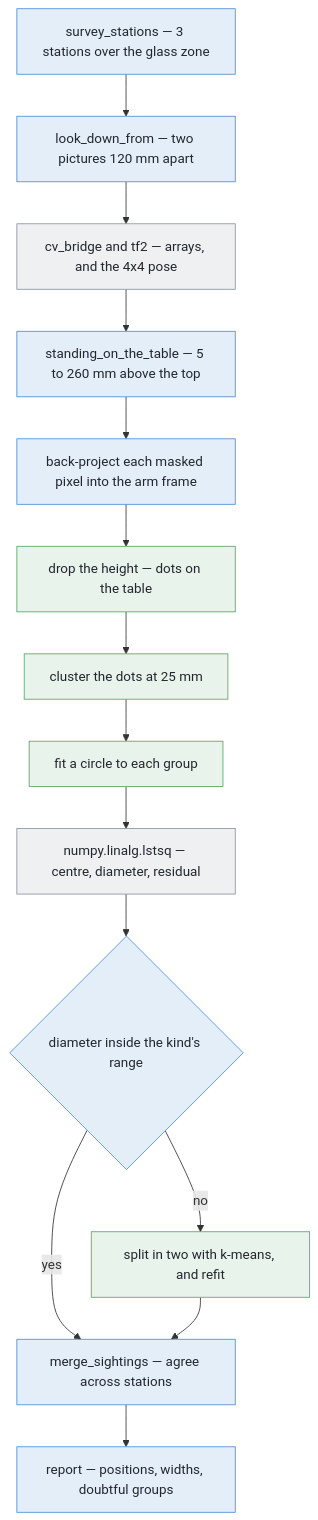
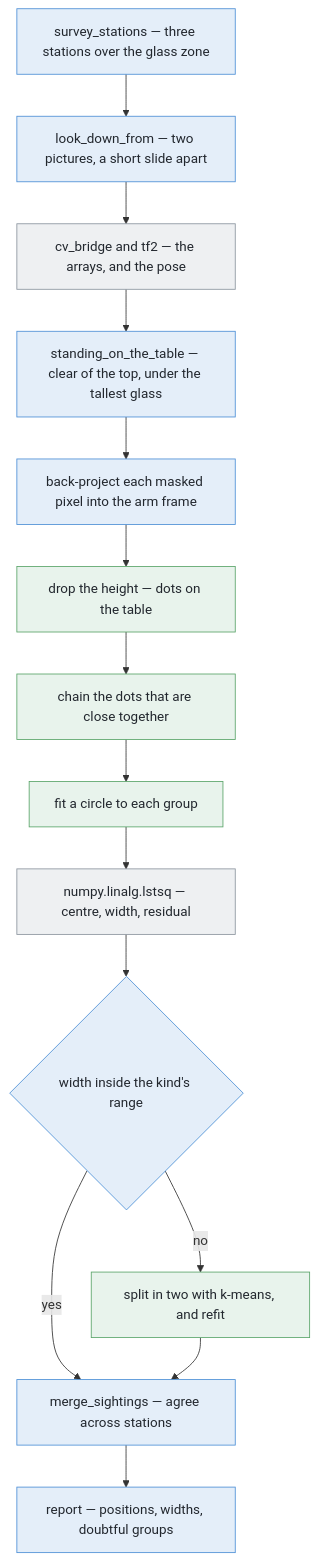
The third of 3 diagrams in v5-pick-glasses/docs/problem-2/solutions/02-cluster-on-the-table.md (RobinNagpal/robot-arm-projects), drawn with Mermaid before and after one commit. The commit also changed other lines of this file and 8 other files, not shown here.

````diff
--- a/v5-pick-glasses/docs/problem-2/solutions/02-cluster-on-the-table.md
+++ b/v5-pick-glasses/docs/problem-2/solutions/02-cluster-on-the-table.md
@@ -439,29 +512,29 @@
 ```mermaid
 flowchart TD
-    S["survey_stations — 3 stations over the glass zone"] --> CAP["look_down_from — two pictures 120 mm apart"]
-    CAP --> BR["cv_bridge and tf2 — arrays, and the 4x4 pose"]
-    BR --> MK["standing_on_the_table — 5 to 260 mm above the top"]
+    S["survey_stations — three stations over the glass zone"] --> CAP["look_down_from — two pictures, a short slide apart"]
+    CAP --> BR["cv_bridge and tf2 — the arrays, and the pose"]
+    BR --> MK["standing_on_the_table — clear of the top, under the tallest glass"]
     MK --> BP["back-project each masked pixel into the arm frame"]
     BP --> FL["drop the height — dots on the table"]
-    FL --> CL["cluster the dots at 25 mm"]
+    FL --> CL["chain the dots that are close together"]
     CL --> FIT["fit a circle to each group"]
-    FIT --> LS["numpy.linalg.lstsq — centre, diameter, residual"]
-    LS --> CHK{"diameter inside the kind's range"}
+    FIT --> LS["numpy.linalg.lstsq — centre, width, residual"]
+    LS --> CHK{"width inside the kind's range"}
     CHK -- yes --> MG["merge_sightings — agree across stations"]
     CHK -- no --> SP["split in two with k-means, and refit"]
     SP --> MG
     MG --> RP["report — positions, widths, doubtful groups"]
     style FL fill:#e8f3ec,stroke:#5aa469,color:#22272e
     style CL fill:#e8f3ec,stroke:#5aa469,color:#22272e
     style FIT fill:#e8f3ec,stroke:#5aa469,color:#22272e
     style SP fill:#e8f3ec,stroke:#5aa469,color:#22272e
     style S fill:#e4eef9,stroke:#4c8fd6,color:#22272e
     style CAP fill:#e4eef9,stroke:#4c8fd6,color:#22272e
     style MK fill:#e4eef9,stroke:#4c8fd6,color:#22272e
     style BP fill:#e4eef9,stroke:#4c8fd6,color:#22272e
     style CHK fill:#e4eef9,stroke:#4c8fd6,color:#22272e
     style MG fill:#e4eef9,stroke:#4c8fd6,color:#22272e
     style RP fill:#e4eef9,stroke:#4c8fd6,color:#22272e
     style BR fill:#eef0f2,stroke:#8b949e,color:#22272e
     style LS fill:#eef0f2,stroke:#8b949e,color:#22272e
 ```
````
